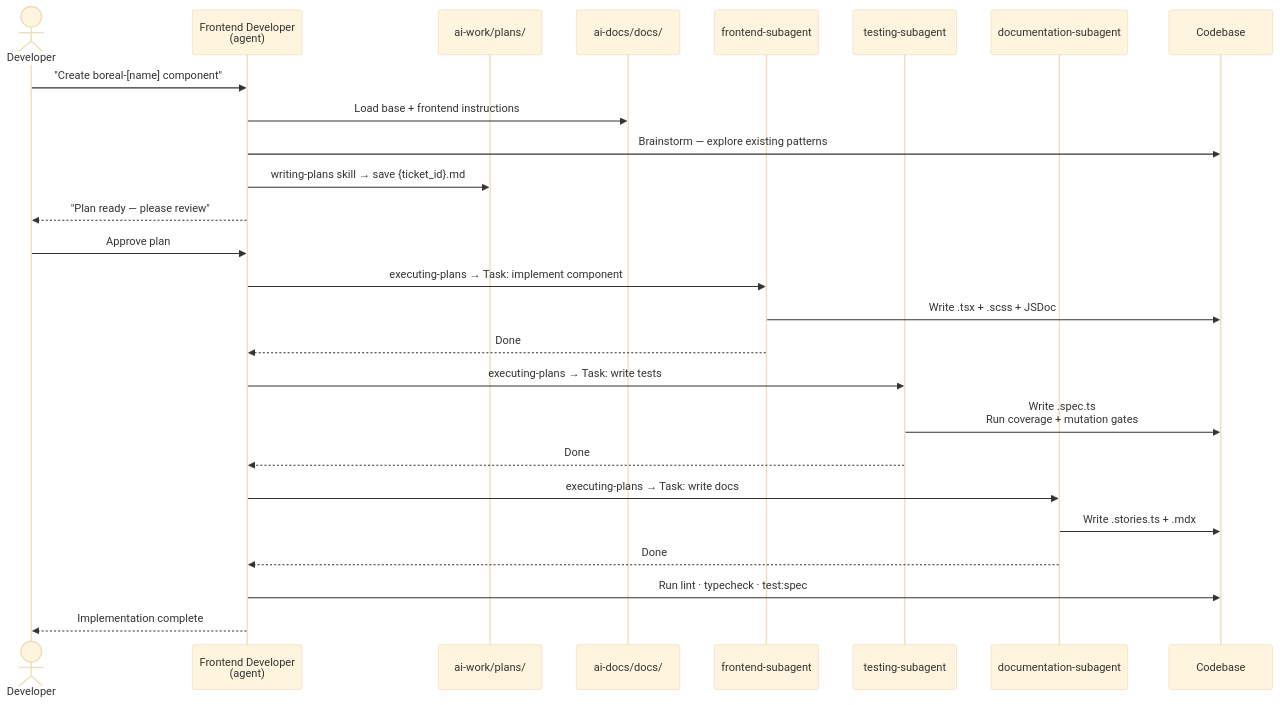
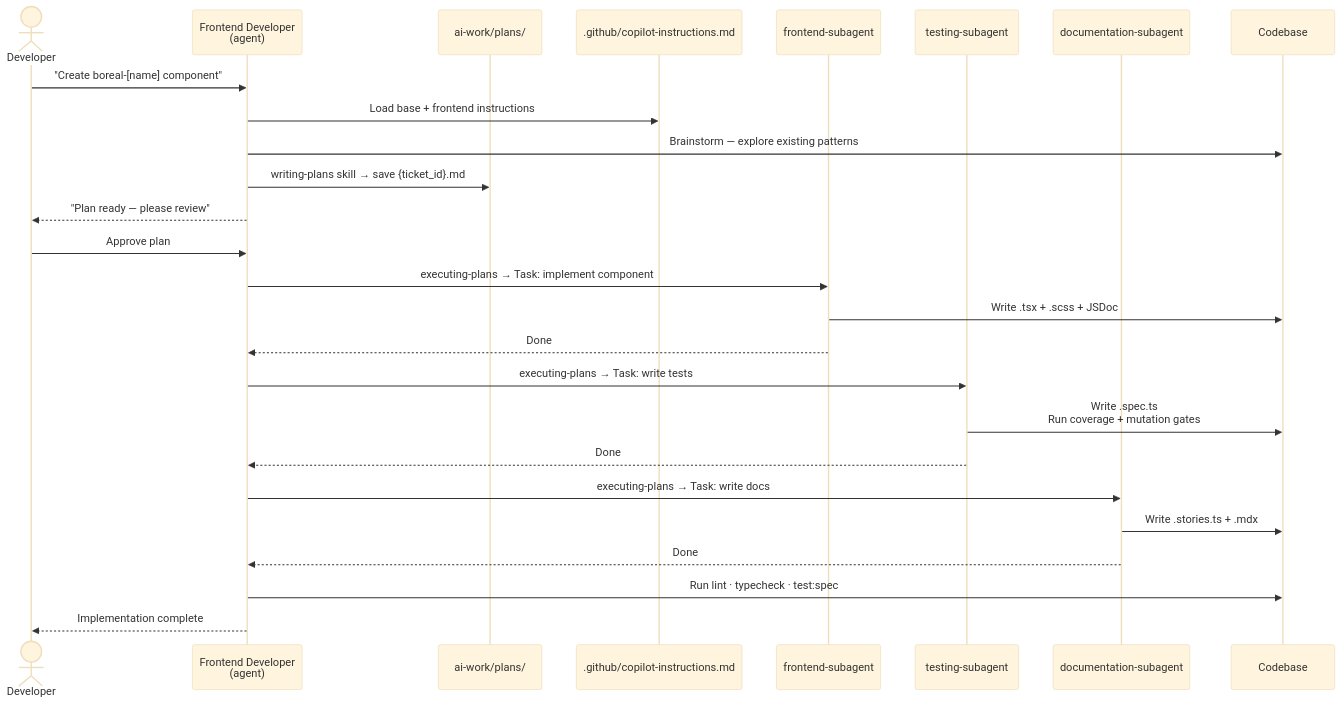
Before and after one commit to dgonzalezts/boreal-ds-ai: the second of 2 diagrams in .agents/README.md, drawn with Mermaid (base theme). The commit also changed other lines of this file and 18 other files, not shown here.

Commit message:
delete non-used copilot instructions and update references/docs

````diff
--- a/.agents/README.md
+++ b/.agents/README.md
@@ -59,33 +59,33 @@
 ```mermaid
 sequenceDiagram
     actor Dev as Developer
     participant Coord as Frontend Developer<br/>(agent)
     participant Plans as ai-work/plans/
-    participant Instructions as ai-docs/docs/
+    participant Instructions as .github/copilot-instructions.md
     participant ImplAgent as frontend-subagent
     participant TestAgent as testing-subagent
     participant DocsAgent as documentation-subagent
     participant Codebase as Codebase
 
     Dev->>Coord: "Create boreal-[name] component"
     Coord->>Instructions: Load base + frontend instructions
     Coord->>Codebase: Brainstorm — explore existing patterns
     Coord->>Plans: writing-plans skill → save {ticket_id}.md
     Coord-->>Dev: "Plan ready — please review"
 
     Dev->>Coord: Approve plan
     Coord->>ImplAgent: executing-plans → Task: implement component
     ImplAgent->>Codebase: Write .tsx + .scss + JSDoc
     ImplAgent-->>Coord: Done
 
     Coord->>TestAgent: executing-plans → Task: write tests
     TestAgent->>Codebase: Write .spec.ts<br/>Run coverage + mutation gates
     TestAgent-->>Coord: Done
 
     Coord->>DocsAgent: executing-plans → Task: write docs
     DocsAgent->>Codebase: Write .stories.ts + .mdx
     DocsAgent-->>Coord: Done
 
     Coord->>Codebase: Run lint · typecheck · test:spec
     Coord-->>Dev: Implementation complete
 ```
````
